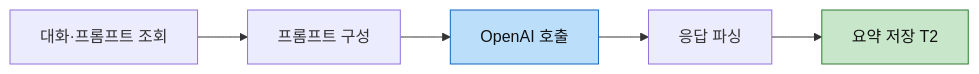
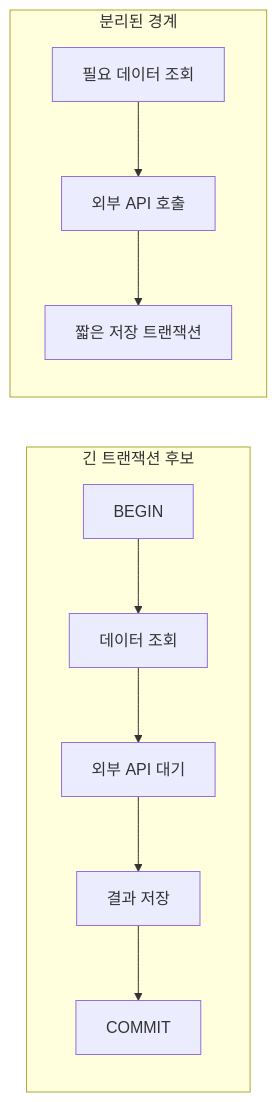
The fifth of 10 diagrams in _posts/2026-06-29-ai-conversation-post-processing-pipeline.md (jiwon11/jiwon11.github.io), drawn with Mermaid before and after one commit. The commit also changed other lines of this file and 4 other files, not shown here.

```diff
--- a/_posts/2026-06-29-ai-conversation-post-processing-pipeline.md
+++ b/_posts/2026-06-29-ai-conversation-post-processing-pipeline.md
@@ -355,10 +172,14 @@
 ~~~mermaid
 flowchart LR
-    Q["대화·프롬프트 조회"] --> C["프롬프트 구성"]
-    C --> AI["OpenAI 호출"]
-    AI --> P["응답 파싱"]
-    P --> T2["요약 저장 T2"]
+    subgraph risky["긴 트랜잭션 후보"]
+        T1["BEGIN"] --> Q1["데이터 조회"]
+        Q1 --> X1["외부 API 대기"]
+        X1 --> S1["결과 저장"]
+        S1 --> C1["COMMIT"]
+    end
 
-    style AI fill:#bbdefb,stroke:#1565c0,color:#111
-    style T2 fill:#c8e6c9,stroke:#2e7d32,color:#111
+    subgraph separated["분리된 경계"]
+        Q2["필요 데이터 조회"] --> X2["외부 API 호출"]
+        X2 --> T2["짧은 저장 트랜잭션"]
+    end
 ~~~
```
